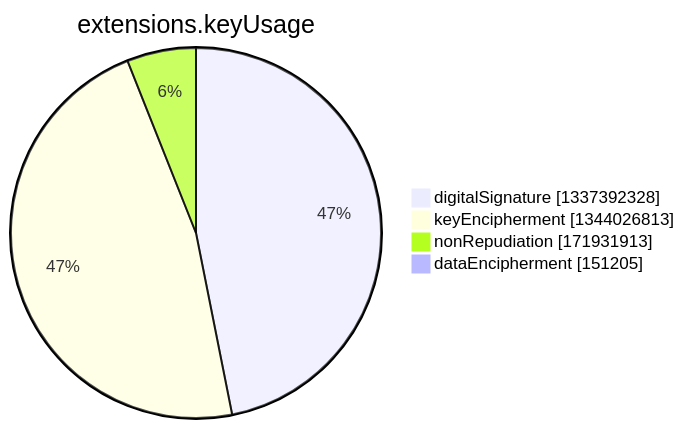
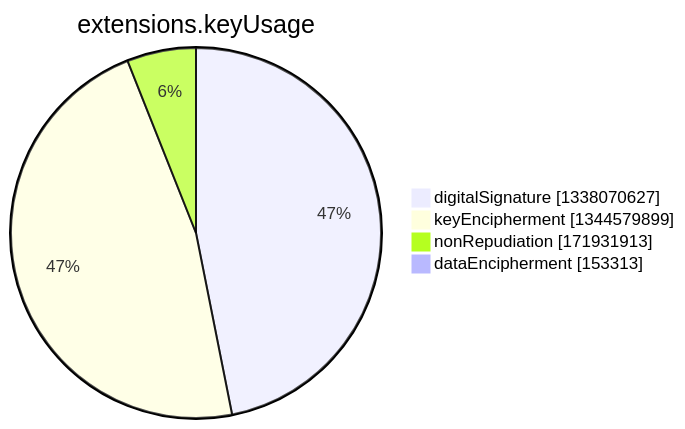
One commit to christiankrug/ctmonitor_visualization changed the seventh of 15 diagrams in argon2022/README.md. Above: the diagram before and after it, drawn with Mermaid. The commit also changed other lines of this file, not shown here.

````diff
--- a/argon2022/README.md
+++ b/argon2022/README.md
@@ -2750,8 +2750,8 @@
 ```mermaid
 pie showData
 title extensions.keyUsage
-"digitalSignature" :1337392328
-"keyEncipherment" :1344026813
+"digitalSignature" :1338070627
+"keyEncipherment" :1344579899
 "nonRepudiation" :171931913
-"dataEncipherment" :151205
+"dataEncipherment" :153313
 ```
````
